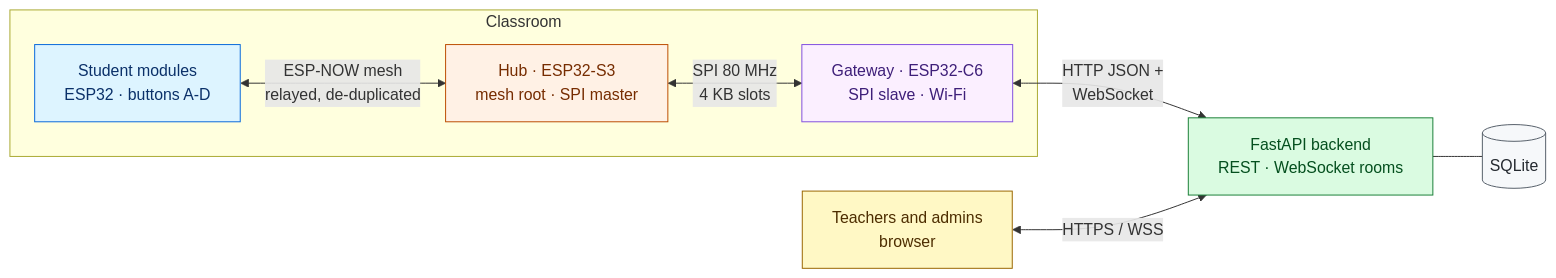
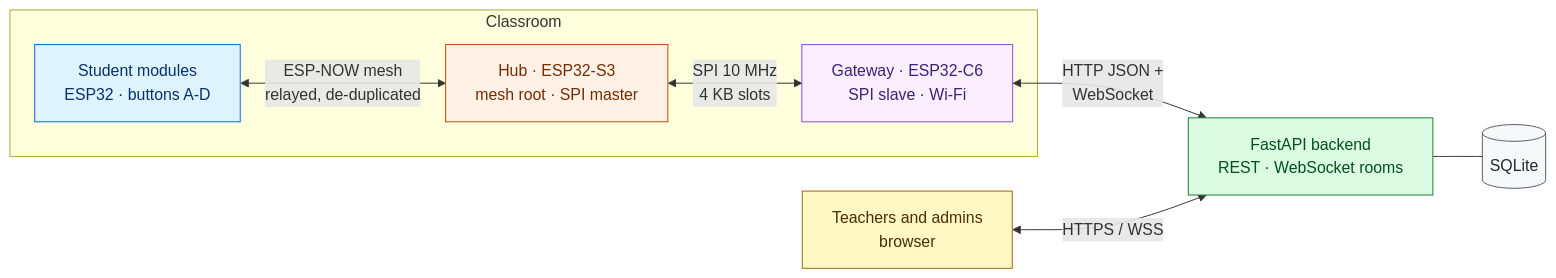
The first of 2 diagrams in README.md (Kush-Kelaiya22/imPress), drawn with Mermaid before and after one commit. The commit also changed 31 other files, not shown here.

````diff
--- a/README.md
+++ b/README.md
@@ -55,20 +55,20 @@
 ```mermaid
 flowchart LR
     subgraph Room["Classroom"]
         ST["Student modules<br/>ESP32 · buttons A-D"]:::student
         S3["Hub · ESP32-S3<br/>mesh root · SPI master"]:::hub
         C6["Gateway · ESP32-C6<br/>SPI slave · Wi-Fi"]:::gateway
         ST <-- "ESP-NOW mesh<br/>relayed, de-duplicated" --> S3
-        S3 <-- "SPI 80 MHz<br/>4 KB slots" --> C6
+        S3 <-- "SPI 10 MHz<br/>4 KB slots" --> C6
     end
     C6 <-- "HTTP JSON +<br/>WebSocket" --> BE["FastAPI backend<br/>REST · WebSocket rooms"]:::server
     BE --- DB[("SQLite")]:::store
     T["Teachers and admins<br/>browser"]:::user <-- "HTTPS / WSS" --> BE
 
     classDef student fill:#DDF4FF,stroke:#0969DA,color:#0A3069
     classDef hub fill:#FFF1E5,stroke:#BC4C00,color:#762C00
     classDef gateway fill:#FBEFFF,stroke:#8250DF,color:#3E1F79
     classDef server fill:#DAFBE1,stroke:#1A7F37,color:#044F1E
     classDef store fill:#F6F8FA,stroke:#57606A,color:#24292F
     classDef user fill:#FFF8C5,stroke:#9A6700,color:#4D2D00
 ```
````
